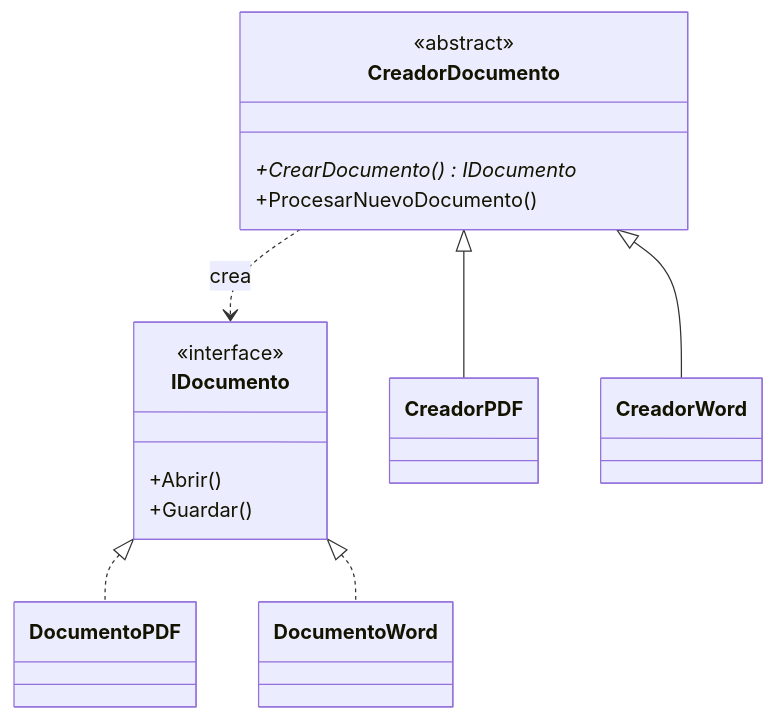
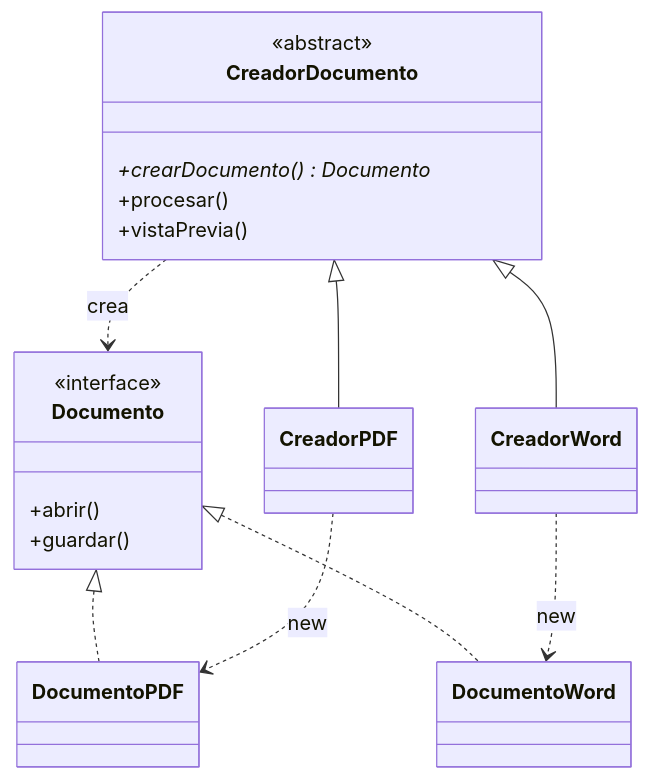
The diagram in 02 - Factory_Method/README.md (carevalomx69/DesignPatterns), drawn with Mermaid before and after one commit. The commit also changed other lines of this file and 11 other files, not shown here.

````diff
--- a/02 - Factory_Method/README.md
+++ b/02 - Factory_Method/README.md
@@ -19,22 +29,25 @@
 ```mermaid
 classDiagram
-    class IDocumento {
+    class Documento {
         <<interface>>
-        +Abrir()
-        +Guardar()
+        +abrir()
+        +guardar()
     }
     class DocumentoPDF
     class DocumentoWord
     class CreadorDocumento {
         <<abstract>>
-        +CrearDocumento()* IDocumento
-        +ProcesarNuevoDocumento()
+        +crearDocumento()* Documento
+        +procesar()
+        +vistaPrevia()
     }
     class CreadorPDF
     class CreadorWord
-    IDocumento <|.. DocumentoPDF
-    IDocumento <|.. DocumentoWord
+    Documento <|.. DocumentoPDF
+    Documento <|.. DocumentoWord
     CreadorDocumento <|-- CreadorPDF
     CreadorDocumento <|-- CreadorWord
-    CreadorDocumento ..> IDocumento : crea
+    CreadorDocumento ..> Documento : crea
+    CreadorPDF ..> DocumentoPDF : new
+    CreadorWord ..> DocumentoWord : new
 ```
````
